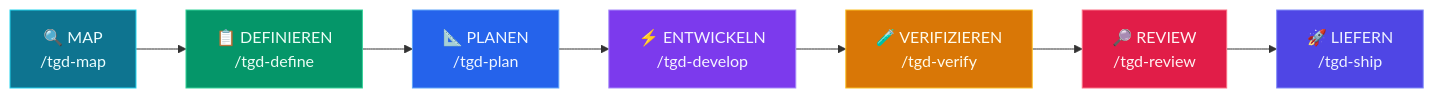
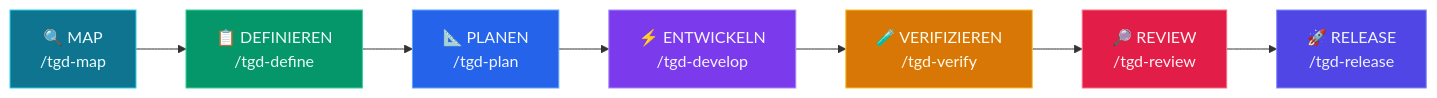
The diagram in README.de.md (openclawyhwang-hub/tGD), drawn with Mermaid before and after one commit. The commit also changed other lines of this file and 29 other files, not shown here.

First line of the commit message:
refactor: rename /tgd-ship → /tgd-release across all platforms and docs

````diff
--- a/README.de.md
+++ b/README.de.md
@@ -187,26 +193,26 @@
 ```mermaid
 flowchart LR
     A["🔍 MAP\n/tgd-map"] --> B["📋 DEFINIEREN\n/tgd-define"]
     B --> C["📐 PLANEN\n/tgd-plan"]
     C --> D["⚡ ENTWICKELN\n/tgd-develop"]
     D --> E["🧪 VERIFIZIEREN\n/tgd-verify"]
     E --> F["🔎 REVIEW\n/tgd-review"]
-    F --> G["🚀 LIEFERN\n/tgd-ship"]
+    F --> G["🚀 RELEASE\n/tgd-release"]
 
     classDef cyan fill:#0e7490,color:#ecfeff,stroke:#22d3ee
     classDef green fill:#059669,color:#ecfdf5,stroke:#34d399
     classDef blue fill:#2563eb,color:#eff6ff,stroke:#60a5fa
     classDef purple fill:#7c3aed,color:#f5f3ff,stroke:#a78bfa
     classDef amber fill:#d97706,color:#fffbeb,stroke:#fbbf24
     classDef rose fill:#e11d48,color:#fff1f2,stroke:#fb7185
     classDef teal fill:#0d9488,color:#f0fdfa,stroke:#5eead4
     classDef indigo fill:#4f46e5,color:#eef2ff,stroke:#818cf8
 
     class A cyan
     class B green
     class C blue
     class D purple
     class E amber
     class F rose
     class G indigo
 ```
````
